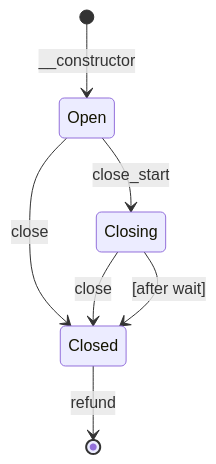
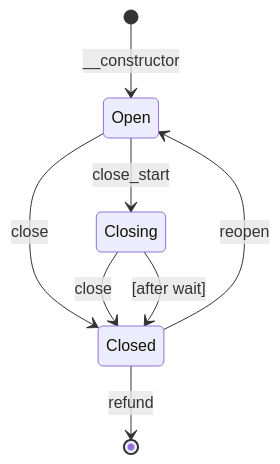
Before and after one commit to stellar-experimental/one-way-channel: the diagram in README.md, drawn with Mermaid. The commit also changed other lines of this file and 1 other file, not shown here.

Commit message:
fix Open event amount doc and regenerate README

````diff
--- a/README.md
+++ b/README.md
@@ -41,9 +41,10 @@
 ```mermaid
 stateDiagram-v2
     [*] --> Open: __constructor
     Open --> Closed: close
     Open --> Closing: close_start
     Closing --> Closed: close
     Closing --> Closed: [after wait]
     Closed --> [*]: refund
+    Closed --> Open: reopen
 ```
````
